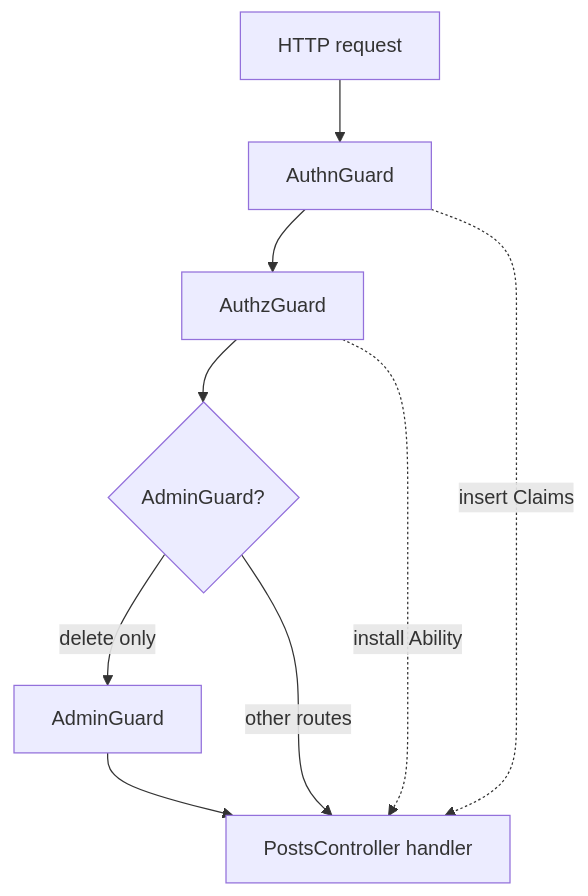
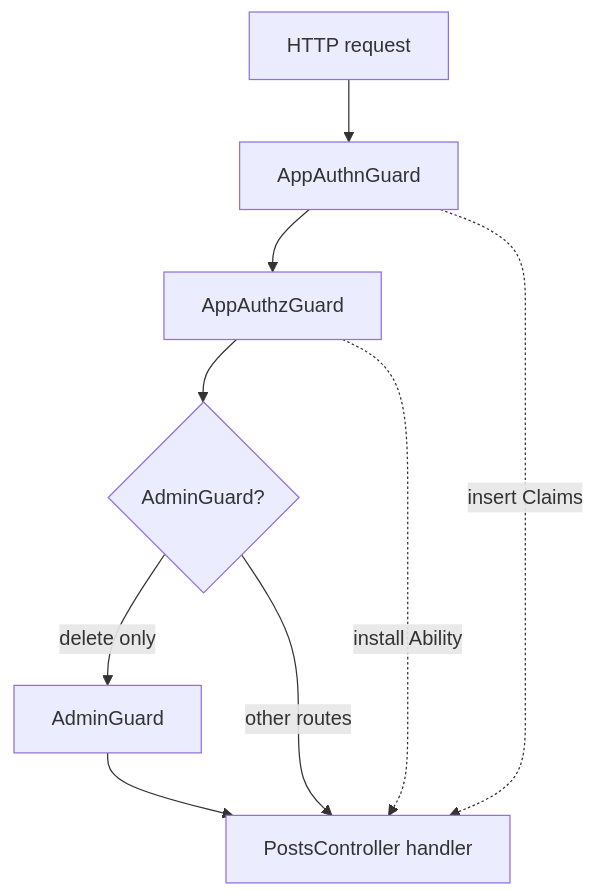
One commit to YV17labs/NestRS changed the second of 4 diagrams in docs/src/content/docs/fundamentals/guards.mdx. Above: the diagram before and after it, drawn with Mermaid. The commit also changed other lines of this file and 84 other files, not shown here.

````diff
--- a/docs/src/content/docs/fundamentals/guards.mdx
+++ b/docs/src/content/docs/fundamentals/guards.mdx
@@ -207,11 +207,11 @@
 ```mermaid
 flowchart TB
-  REQ[HTTP request] --> AG[AuthnGuard]
-  AG --> AZ[AuthzGuard]
+  REQ[HTTP request] --> AG[AppAuthnGuard]
+  AG --> AZ[AppAuthzGuard]
   AZ --> AD{AdminGuard?}
   AD -->|delete only| ADG[AdminGuard]
   AD -->|other routes| H[PostsController handler]
   ADG --> H
   AG -. "insert Claims" .-> H
   AZ -. "install Ability" .-> H
 ```
````
